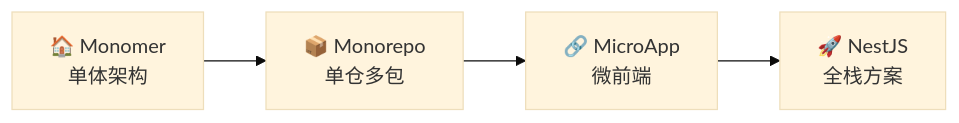
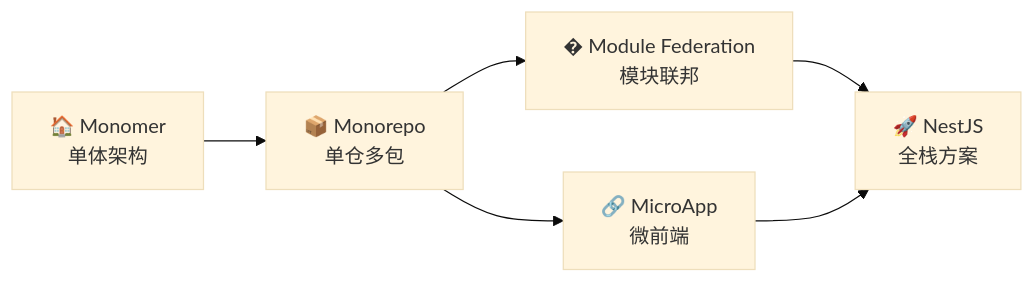
Before and after one commit to ChenyCHENYU/Robot_Admin: the first of 2 diagrams in README.md, drawn with Mermaid (base theme). The commit also changed other lines of this file and 1 other file, not shown here.

First line of the commit message:
docs: update README for Module Federation and MicroApp features

````diff
--- a/README.md
+++ b/README.md
@@ -396,6 +403,8 @@
 ```mermaid
 graph LR
     A[🏠 Monomer<br/>单体架构] --> B[📦 Monorepo<br/>单仓多包]
-    B --> C[🔗 MicroApp<br/>微前端]
-    C --> D[🚀 NestJS<br/>全栈方案]
+    B --> C[� Module Federation<br/>模块联邦]
+    B --> D[🔗 MicroApp<br/>微前端]
+    C --> E[🚀 NestJS<br/>全栈方案]
+    D --> E
 ```
````
